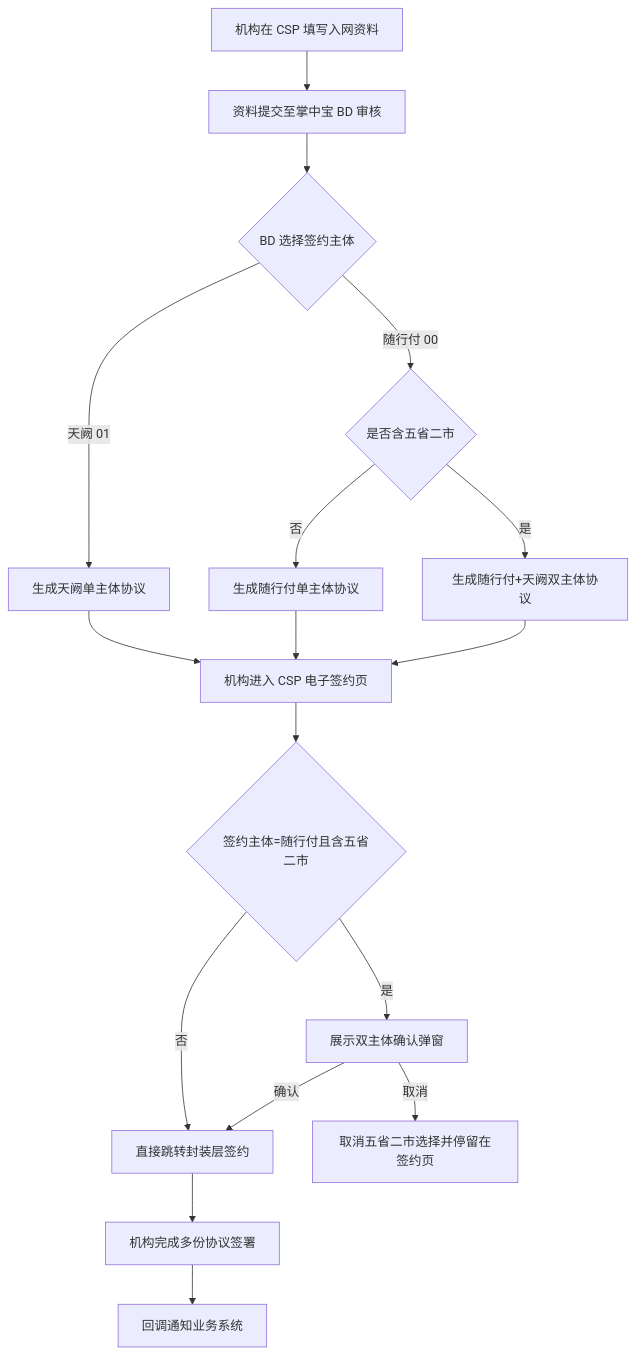
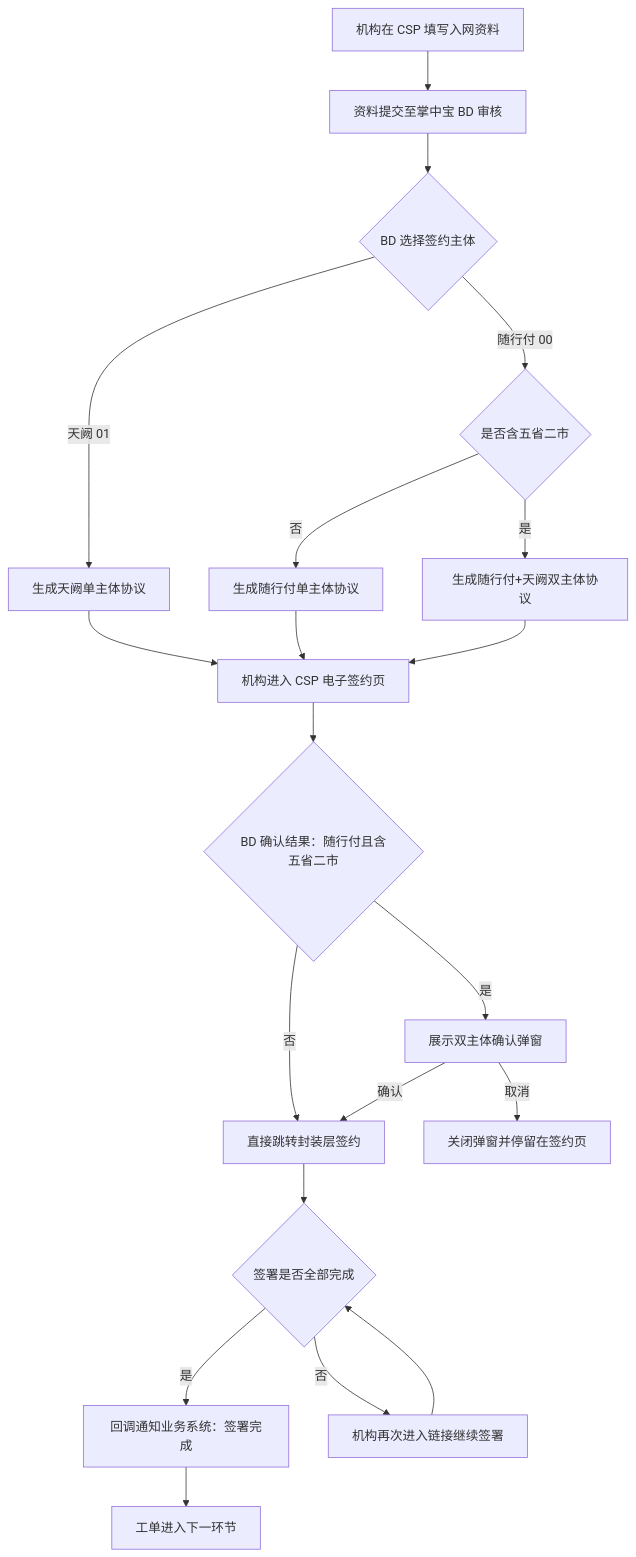
One commit to Gaohailinga/esign-multi-party-prototypes changed the first of 2 diagrams in 机构入网-双主体签署-PRD-V1.5.md. Above: the diagram before and after it, drawn with Mermaid. The commit also changed other lines of this file and 1 other file, not shown here.

````diff
--- a/机构入网-双主体签署-PRD-V1.5.md
+++ b/机构入网-双主体签署-PRD-V1.5.md
@@ -57,19 +57,22 @@
 ```mermaid
 flowchart TD
     A[机构在 CSP 填写入网资料] --> B[资料提交至掌中宝 BD 审核]
     B --> C{BD 选择签约主体}
     C -->|天阙 01| D[生成天阙单主体协议]
     C -->|随行付 00| E{是否含五省二市}
     E -->|否| F[生成随行付单主体协议]
     E -->|是| G[生成随行付+天阙双主体协议]
     D --> H[机构进入 CSP 电子签约页]
     F --> H
     G --> H
-    H --> I{签约主体=随行付且含五省二市}
+    H --> I{BD 确认结果：随行付且含五省二市}
     I -->|是| J[展示双主体确认弹窗]
     I -->|否| K[直接跳转封装层签约]
     J -->|确认| K
-    J -->|取消| L[取消五省二市选择并停留在签约页]
-    K --> M[机构完成多份协议签署]
-    M --> N[回调通知业务系统]
+    J -->|取消| L[关闭弹窗并停留在签约页]
+    K --> M{签署是否全部完成}
+    M -->|是| N[回调通知业务系统：签署完成]
+    M -->|否| O[机构再次进入链接继续签署]
+    O --> M
+    N --> P[工单进入下一环节]
 ```
````
